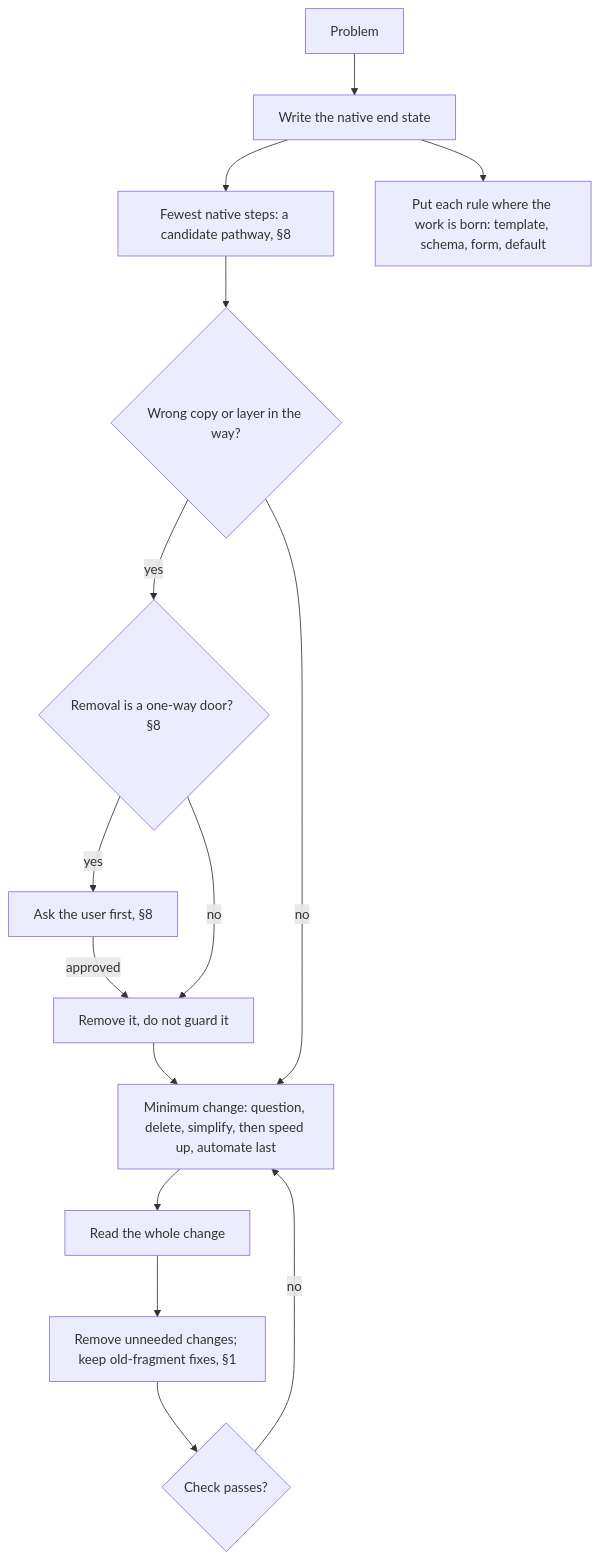
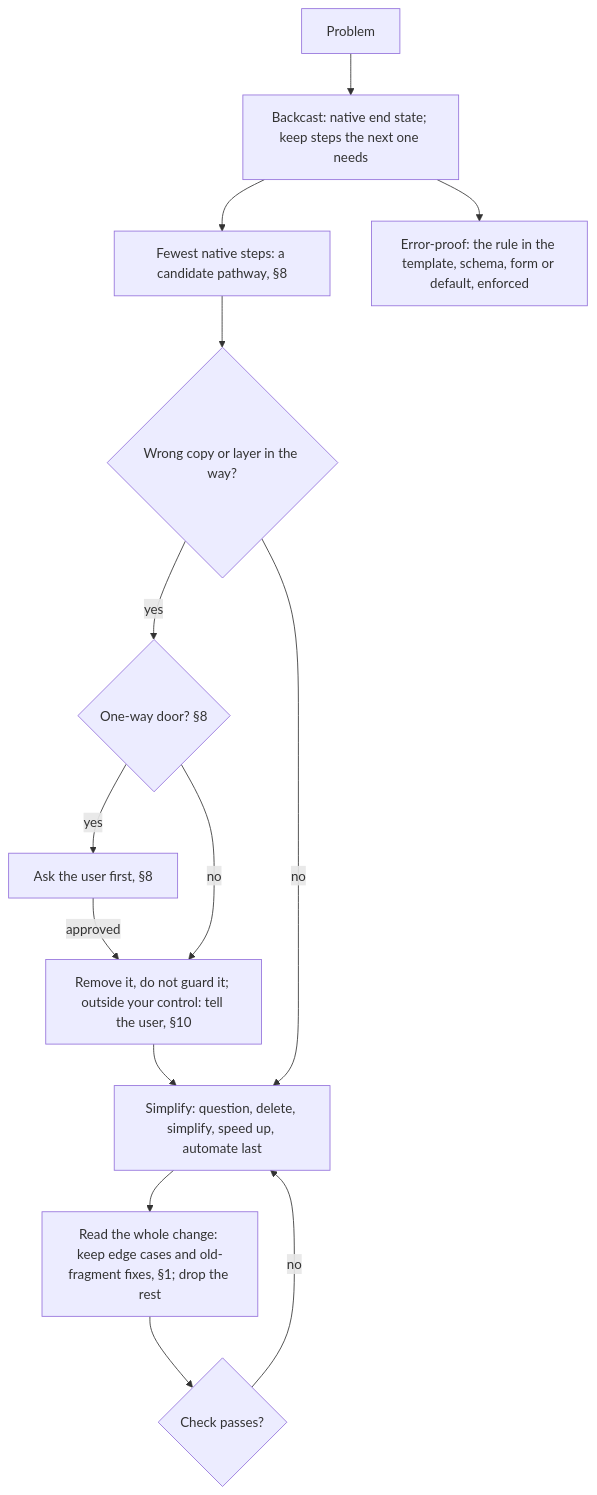
Before and after one commit to SolenixAI/arbiter: the tenth of 14 diagrams in AGENTS.md, drawn with Mermaid. The commit also changed other lines of this file, not shown here.

Commit message:
docs(agents): section 9 backcasts, simplifies in order, fixes the cause, error-proofs

````diff
--- a/AGENTS.md
+++ b/AGENTS.md
@@ -398,11 +396,11 @@
 ```mermaid
 flowchart TD
-  P[Problem] --> E[Write the native end state] --> N[Fewest native steps: a candidate pathway, §8]
+  P[Problem] --> E["Backcast: native end state; keep steps the next one needs"] --> N["Fewest native steps: a candidate pathway, §8"]
+  E --> RB["Error-proof: the rule in the template, schema, form or default, enforced"]
   N --> W{Wrong copy or layer in the way?}
-  W -->|yes| O{Removal is a one-way door? §8}
-  E --> RB[Put each rule where the work is born: template, schema, form, default]
-  O -->|yes| AS[Ask the user first, §8] -->|approved| X
-  O -->|no| X[Remove it, do not guard it] --> M
-  W -->|no| M[Minimum change: question, delete, simplify, then speed up, automate last] --> D[Read the whole change] --> R["Remove unneeded changes; keep old-fragment fixes, §1"] --> C{Check passes?}
+  W -->|yes| O{"One-way door? §8"}
+  O -->|yes| AS["Ask the user first, §8"] -->|approved| X
+  O -->|no| X["Remove it, do not guard it; outside your control: tell the user, §10"] --> M
+  W -->|no| M["Simplify: question, delete, simplify, speed up, automate last"] --> D["Read the whole change: keep edge cases and old-fragment fixes, §1; drop the rest"] --> C{Check passes?}
   C -->|no| M
 ```
````
